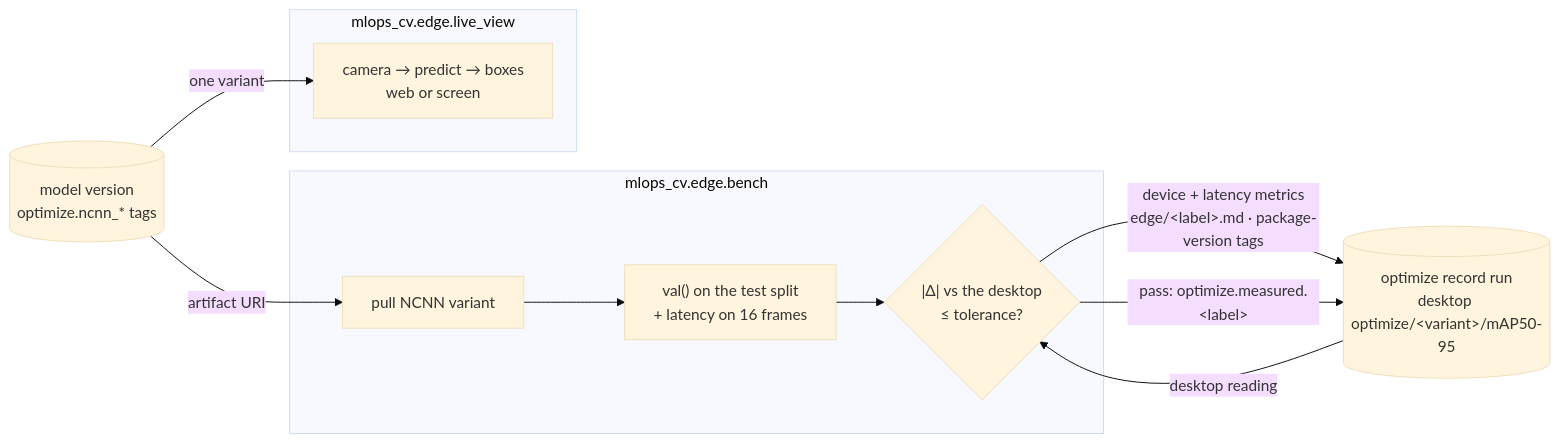
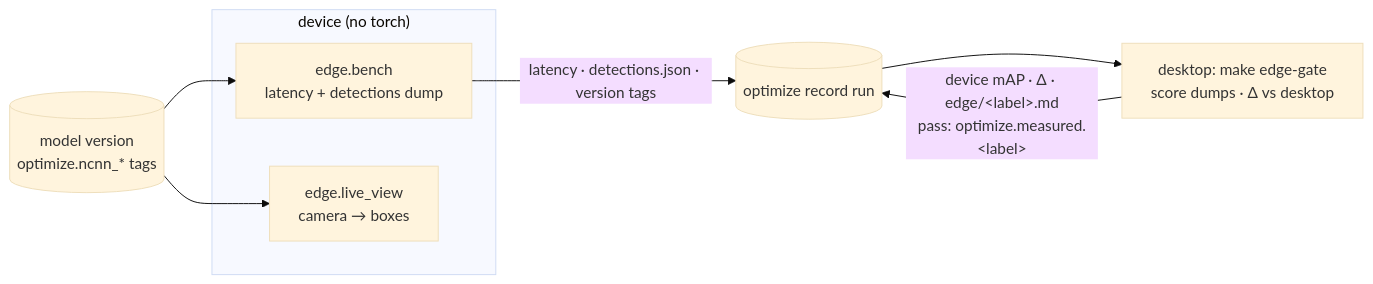
The diagram in docs/edge.md (vtarasv/mlops-cv), drawn with Mermaid (base theme) before and after one commit. The commit also changed other lines of this file and 27 other files, not shown here.

````diff
--- a/docs/edge.md
+++ b/docs/edge.md
@@ -8,22 +8,18 @@
 ```mermaid
 flowchart LR
   registry[("model version<br/>optimize.ncnn_* tags")]
-  record[("optimize record run<br/>desktop optimize/&lt;variant&gt;/mAP50-95")]
+  record[("optimize record run")]
 
-  subgraph bench["mlops_cv.edge.bench"]
-    pull["pull NCNN variant"]
-    measure["val() on the test split<br/>+ latency on 16 frames"]
-    gate{"|Δ| vs the desktop<br/>≤ tolerance?"}
-    pull --> measure --> gate
+  subgraph device["device (no torch)"]
+    bench["edge.bench<br/>latency + detections dump"]
+    live["edge.live_view<br/>camera → boxes"]
   end
 
-  subgraph live["mlops_cv.edge.live_view"]
-    camera["camera → predict → boxes<br/>web or screen"]
-  end
+  gate["desktop: make edge-gate<br/>score dumps · Δ vs desktop"]
 
-  registry -->|"artifact URI"| pull
-  record -->|"desktop reading"| gate
-  gate -->|"device + latency metrics<br/>edge/&lt;label&gt;.md · package-version tags"| record
-  gate -->|"pass: optimize.measured.&lt;label&gt;"| record
-  registry -->|"one variant"| camera
+  registry --> bench
+  registry --> live
+  bench -->|"latency · detections.json · version tags"| record
+  record --> gate
+  gate -->|"device mAP · Δ · edge/&lt;label&gt;.md<br/>pass: optimize.measured.&lt;label&gt;"| record
 ```
````
